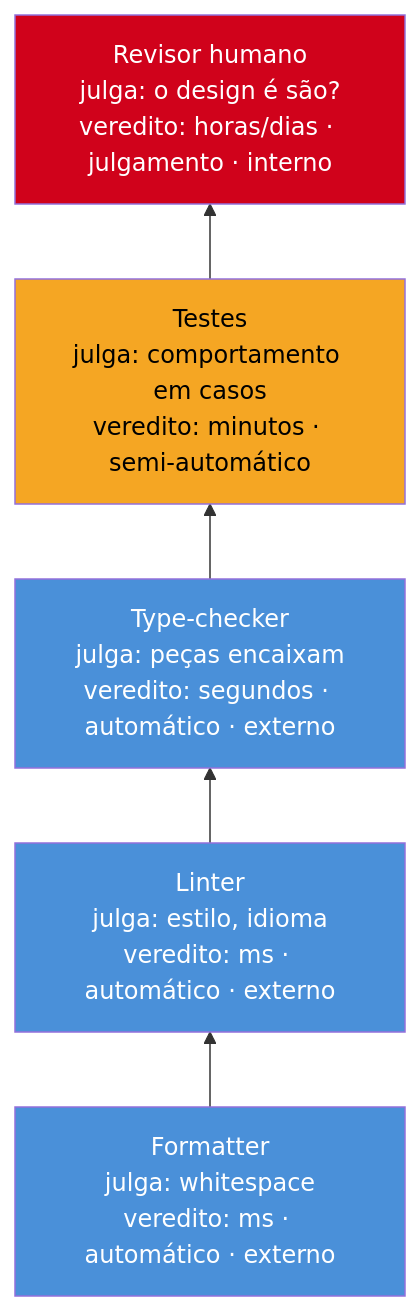
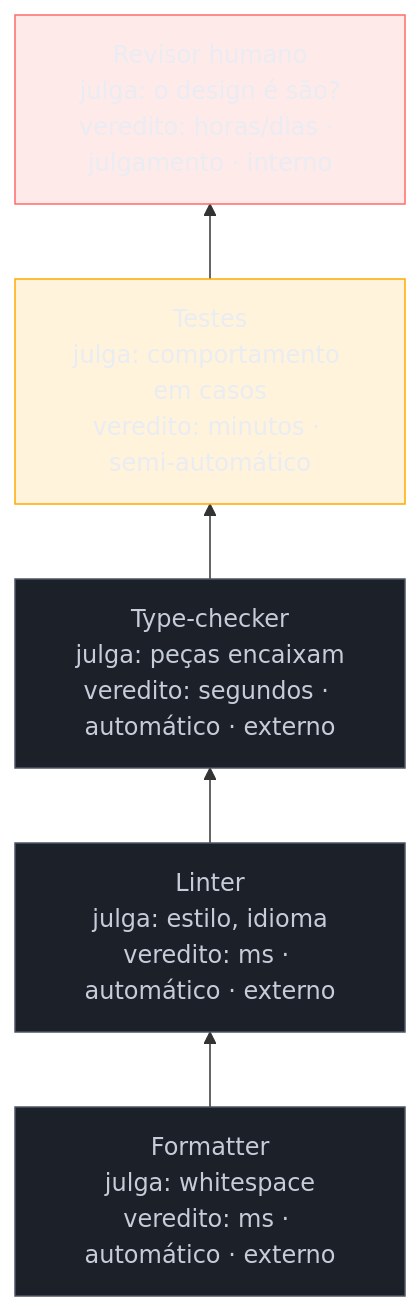
One commit to josenaldo/codex-technomanticus changed the third of 3 diagrams in 03-Dominios/Tecnologia/IA/Evolução da Engenharia de IA/09 - Loop engineering e o compilador que faltava.md. Above: the diagram before and after it, drawn with Mermaid. The commit also changed other lines of this file and 1181 other files, not shown here.

First line of the commit message:
fix(diagramas): paleta do sistema no lugar de cor cravada no markdown

````diff
--- a/03-Dominios/Tecnologia/IA/Evolução da Engenharia de IA/09 - Loop engineering e o compilador que faltava.md
+++ b/03-Dominios/Tecnologia/IA/Evolução da Engenharia de IA/09 - Loop engineering e o compilador que faltava.md
@@ -143,16 +146,19 @@
 ```mermaid
 flowchart BT
+    classDef neutro fill:#1B2029,stroke:#4E5666,color:#C6CCD8
+    classDef destaque fill:#FFAA0024,stroke:#FFAA00,color:#E9ECF2
+    classDef falha fill:#FF6B6B24,stroke:#FF6B6B,color:#E9ECF2
     F["Formatter<br/>julga: whitespace<br/>veredito: ms · automático · externo"]
     L["Linter<br/>julga: estilo, idioma<br/>veredito: ms · automático · externo"]
     T["Type-checker<br/>julga: peças encaixam<br/>veredito: segundos · automático · externo"]
     TS["Testes<br/>julga: comportamento em casos<br/>veredito: minutos · semi-automático"]
     R["Revisor humano<br/>julga: o design é são?<br/>veredito: horas/dias · julgamento · interno"]
 
     F --> L --> T --> TS --> R
 
-    style F fill:#4A90D9,color:#fff
-    style L fill:#4A90D9,color:#fff
-    style T fill:#4A90D9,color:#fff
-    style TS fill:#F5A623,color:#000
-    style R fill:#D0021B,color:#fff
+    class F neutro
+    class L neutro
+    class T neutro
+    class TS destaque
+    class R falha
 ```
````
